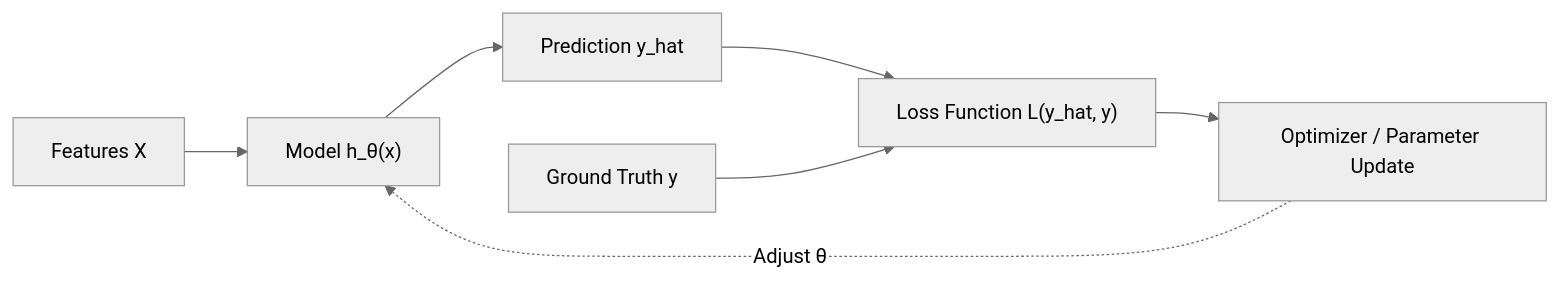
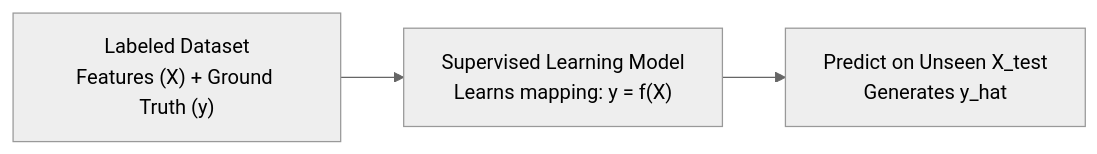
One commit to S1h2i3v4a/AI_ML changed the diagram in lecture_23/Notes_23.02/README.md. Above: the diagram before and after it, drawn with Mermaid (neutral theme). The commit also changed other lines of this file and 156 other files, not shown here.

Commit message:
docs(lectures 22-24): align notes with video lectures, add blackboard diagrams, clean structured functions, and compile vector PDFs

````diff
--- a/lecture_23/Notes_23.02/README.md
+++ b/lecture_23/Notes_23.02/README.md
@@ -30,9 +10,5 @@
 ```mermaid
-graph LR
-    X["Features X"] --> Model["Model h_θ(x)"]
-    Model --> Pred["Prediction y_hat"]
-    Pred --> Loss["Loss Function L(y_hat, y)"]
-    TrueY["Ground Truth y"] --> Loss
-    Loss --> Optimizer["Optimizer / Parameter Update"]
-    Optimizer -. "Adjust θ" .-> Model
+flowchart LR
+    Data["Labeled Dataset<br/>Features (X) + Ground Truth (y)"] --> Model["Supervised Learning Model<br/>Learns mapping: y = f(X)"]
+    Model --> Predict["Predict on Unseen X_test<br/>Generates y_hat"]
 ```
````
